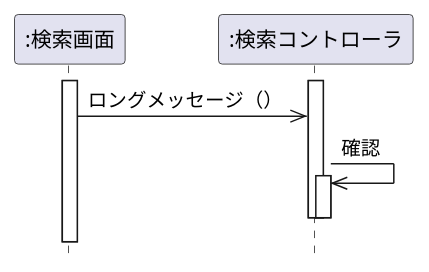
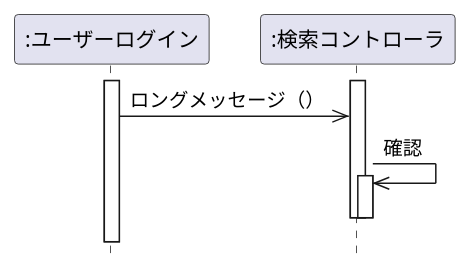
The diagram in 演習4-2_SD_利用者と予約画面.pu (itchita/uml-introduction), drawn with PlantUML before and after one commit.

Commit message:
できた

```diff
--- a/演習4-2_SD_利用者と予約画面.pu
+++ b/演習4-2_SD_利用者と予約画面.pu
@@ -1,13 +1,13 @@
 @startuml
 
  hide footbox
-participant ":検索画面" as seach
+participant ":ユーザーログイン" as seach
 participant ":検索コントローラ" as control
 activate seach
 activate control
 seach ->> control: ロングメッセージ（）
 control ->> control :確認
 activate control 
 deactivate control
 deactivate control
 @enduml
```
